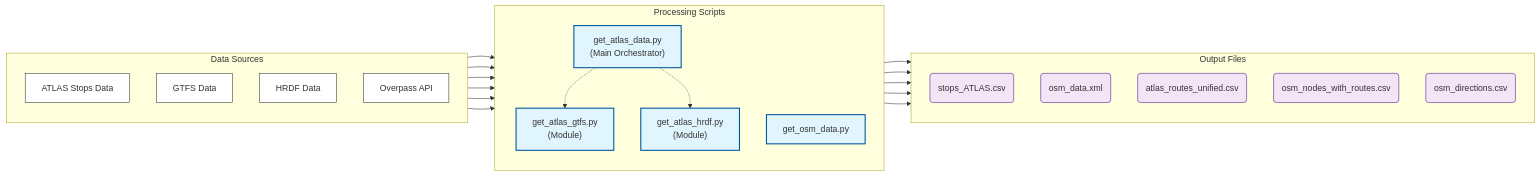
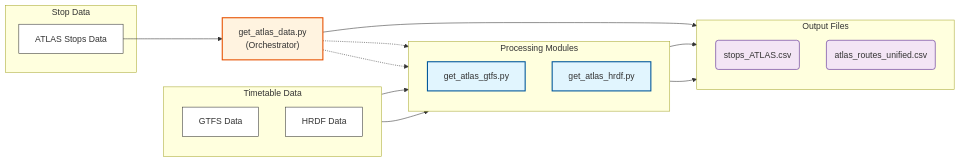
Before and after one commit to openTdataCH/stop_sync_osm_atlas: the first of 2 diagrams in documentation/1. Download and process data.md, drawn with Mermaid. The commit also changed other lines of this file and 66 other files, not shown here.

````diff
--- a/documentation/1. Download and process data.md
+++ b/documentation/1. Download and process data.md
@@ -15,56 +17,37 @@
 ```mermaid
 flowchart LR
-    %% Styling
     classDef plain fill:#fff,stroke:#333,stroke-width:1px;
     classDef script fill:#e1f5fe,stroke:#01579b,stroke-width:2px;
+    classDef orch fill:#fff3e0,stroke:#e65100,stroke-width:2px;
     classDef file fill:#f3e5f5,stroke:#4a148c,stroke-width:1px;
 
-    subgraph Sources ["Data Sources"]
+    subgraph StopSrc ["Stop Data"]
+        AT[ATLAS Stops Data]:::plain
+    end
+
+    subgraph TimeSrc ["Timetable Data"]
         direction TB
-        AT[ATLAS Stops Data]:::plain
         GT[GTFS Data]:::plain
         HR[HRDF Data]:::plain
-        OV[Overpass API]:::plain
     end
 
-    subgraph Scripts ["Processing Scripts"]
+    SA["get_atlas_data.py\n(Orchestrator)"]:::orch
+
+    subgraph Modules ["Processing Modules"]
         direction TB
-        SA["get_atlas_data.py<br/>(Main Orchestrator)"]:::script
-        SG["get_atlas_gtfs.py<br/>(Module)"]:::script
-        SH["get_atlas_hrdf.py<br/>(Module)"]:::script
-        SO[get_osm_data.py]:::script
+        SG[get_atlas_gtfs.py]:::script
+        SH[get_atlas_hrdf.py]:::script
     end
 
     subgraph Outputs ["Output Files"]
         direction TB
         PA(stops_ATLAS.csv):::file
-        PX(osm_data.xml):::file
         PU(atlas_routes_unified.csv):::file
-        PO(osm_nodes_with_routes.csv):::file
-        PD(osm_directions.csv):::file
     end
 
-    %% Force horizontal alignment of subgraphs
-    Sources ~~~ Scripts ~~~ Outputs
-
-    %% Horizontal Connections
-    AT --> SA
+    AT --> SA --> PA
     GT --> SG
     HR --> SH
-    OV --> SO
-
-    %% Orchestration & Module Usage
-    SA -.-> SG
-    SA -.-> SH
-
-    %% Outputs
-    SA --> PA
-    SA --> PU
-    SO --> PX
-    SO --> PO
-    SO --> PD
-
-    %% Cross-connections (Data flow to modules)
-    AT --> SG
-    AT --> SH
+    SA -.-> SG & SH
+    SG & SH --> PU
 ```
````
